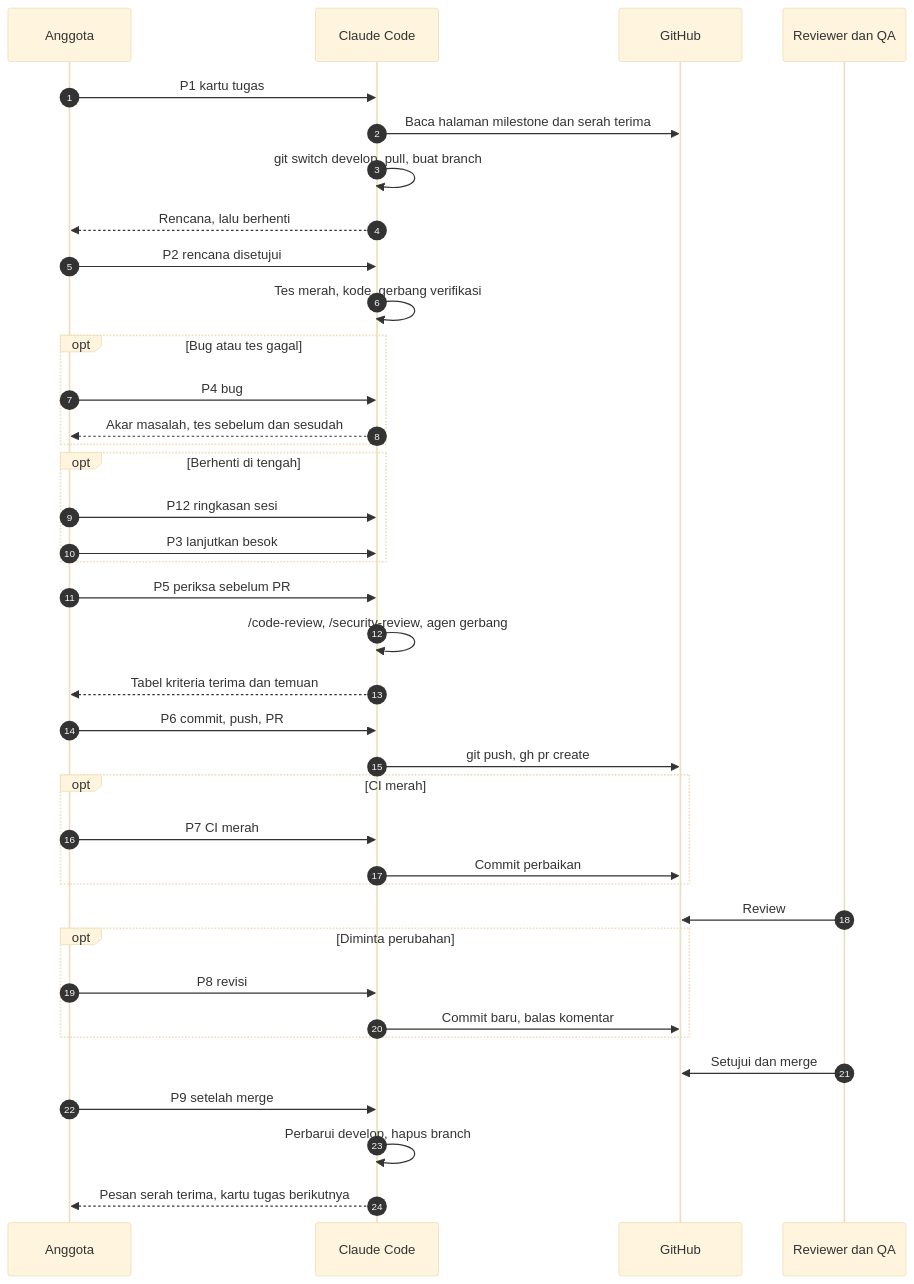
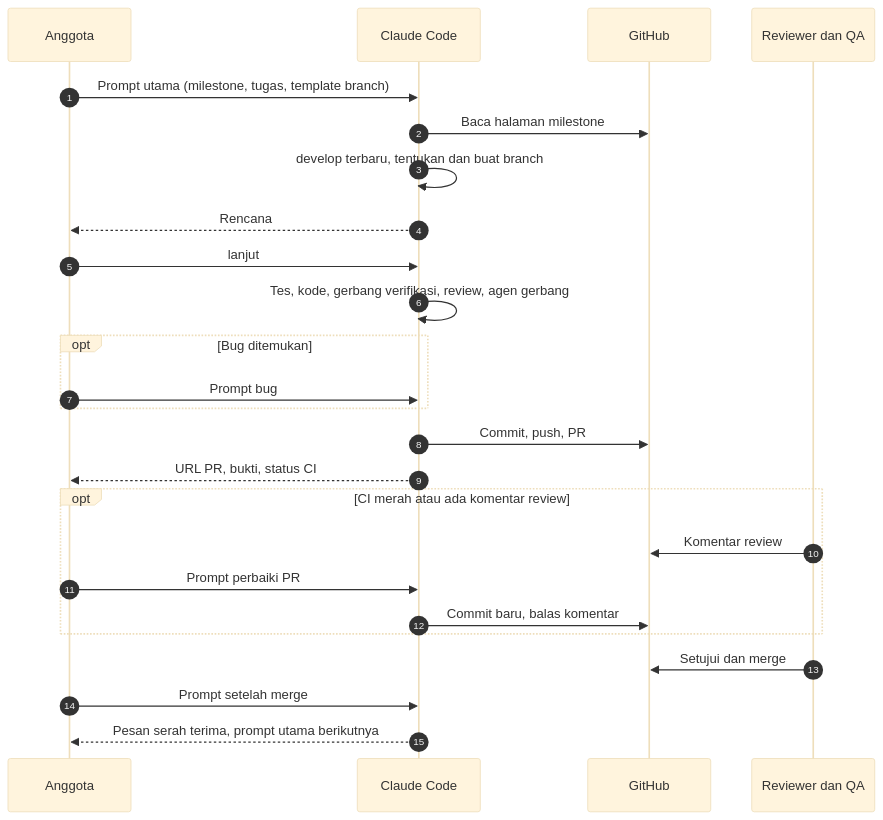
The diagram in panduan/prompt-siap-pakai.md (DraftAja/.github), drawn with Mermaid (base theme) before and after one commit. The commit also changed other lines of this file and 2 other files, not shown here.

First line of the commit message:
docs(docs): sederhanakan prompt menjadi satu prompt utama

````diff
--- a/panduan/prompt-siap-pakai.md
+++ b/panduan/prompt-siap-pakai.md
@@ -43,40 +127,27 @@
 ```mermaid
 sequenceDiagram
     autonumber
     participant A as Anggota
     participant C as Claude Code
     participant GH as GitHub
     participant R as Reviewer dan QA
-    A->>C: P1 kartu tugas
-    C->>GH: Baca halaman milestone dan serah terima
-    C->>C: git switch develop, pull, buat branch
-    C-->>A: Rencana, lalu berhenti
-    A->>C: P2 rencana disetujui
-    C->>C: Tes merah, kode, gerbang verifikasi
-    opt Bug atau tes gagal
-        A->>C: P4 bug
-        C-->>A: Akar masalah, tes sebelum dan sesudah
+    A->>C: Prompt utama (milestone, tugas, template branch)
+    C->>GH: Baca halaman milestone
+    C->>C: develop terbaru, tentukan dan buat branch
+    C-->>A: Rencana
+    A->>C: lanjut
+    C->>C: Tes, kode, gerbang verifikasi, review, agen gerbang
+    opt Bug ditemukan
+        A->>C: Prompt bug
     end
-    opt Berhenti di tengah
-        A->>C: P12 ringkasan sesi
-        A->>C: P3 lanjutkan besok
-    end
-    A->>C: P5 periksa sebelum PR
-    C->>C: /code-review, /security-review, agen gerbang
-    C-->>A: Tabel kriteria terima dan temuan
-    A->>C: P6 commit, push, PR
-    C->>GH: git push, gh pr create
-    opt CI merah
-        A->>C: P7 CI merah
-        C->>GH: Commit perbaikan
-    end
-    R->>GH: Review
-    opt Diminta perubahan
-        A->>C: P8 revisi
+    C->>GH: Commit, push, PR
+    C-->>A: URL PR, bukti, status CI
+    opt CI merah atau ada komentar review
+        R->>GH: Komentar review
+        A->>C: Prompt perbaiki PR
         C->>GH: Commit baru, balas komentar
     end
     R->>GH: Setujui dan merge
-    A->>C: P9 setelah merge
-    C->>C: Perbarui develop, hapus branch
-    C-->>A: Pesan serah terima, kartu tugas berikutnya
+    A->>C: Prompt setelah merge
+    C-->>A: Pesan serah terima, prompt utama berikutnya
 ```
````
